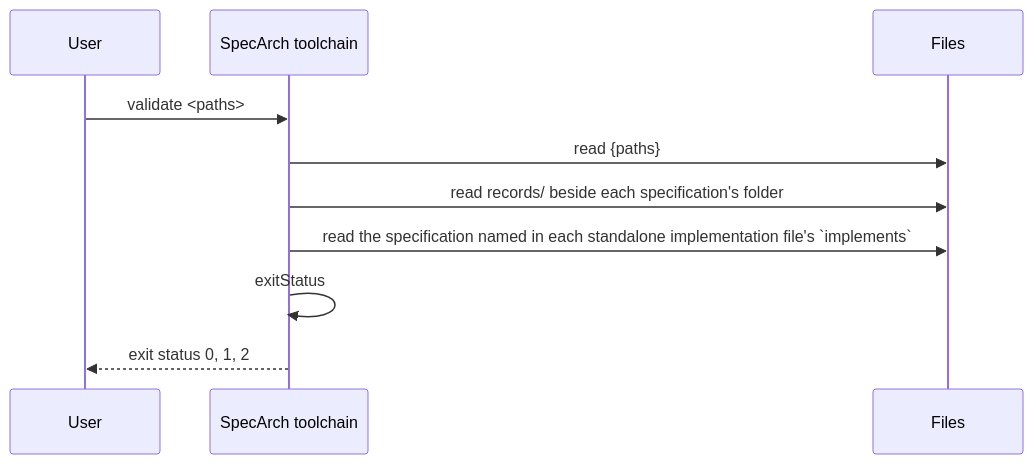
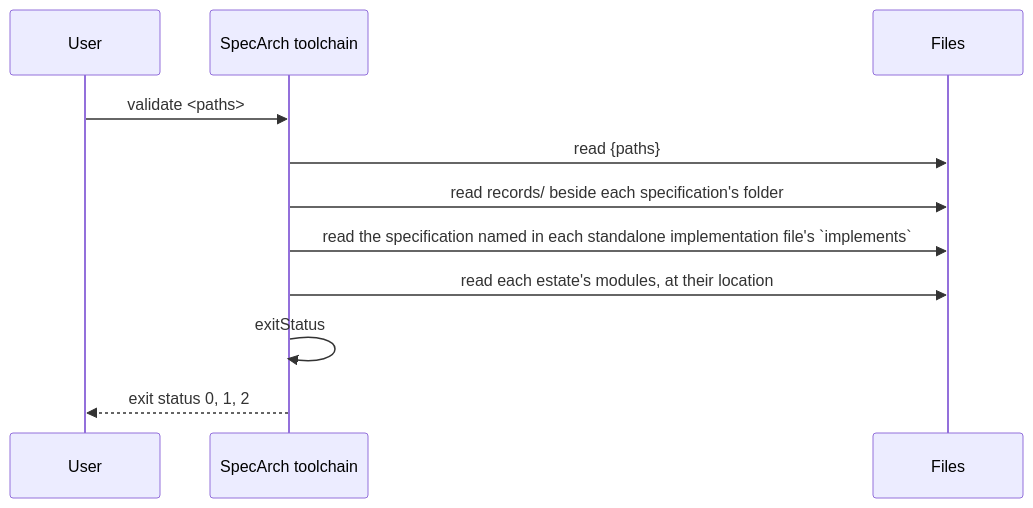
Before and after one commit to SpecArch/specarch: the third of 3 diagrams in spec/specarch.md, drawn with Mermaid. The commit also changed 77 other files, not shown here.

First line of the commit message:
Check an estate of modules through one umbrella file that lists and pins them

````diff
--- a/spec/specarch.md
+++ b/spec/specarch.md
@@ -173,12 +173,13 @@
 ```mermaid
 sequenceDiagram
   participant U as User
   participant P as SpecArch toolchain
   participant F as Files
   U->>P: validate <paths>
   P->>F: read {paths}
   P->>F: read records/ beside each specification's folder
   P->>F: read the specification named in each standalone implementation file's `implements`
+  P->>F: read each estate's modules, at their location
   P->>P: exitStatus
   P-->>U: exit status 0, 1, 2
 ```
````
